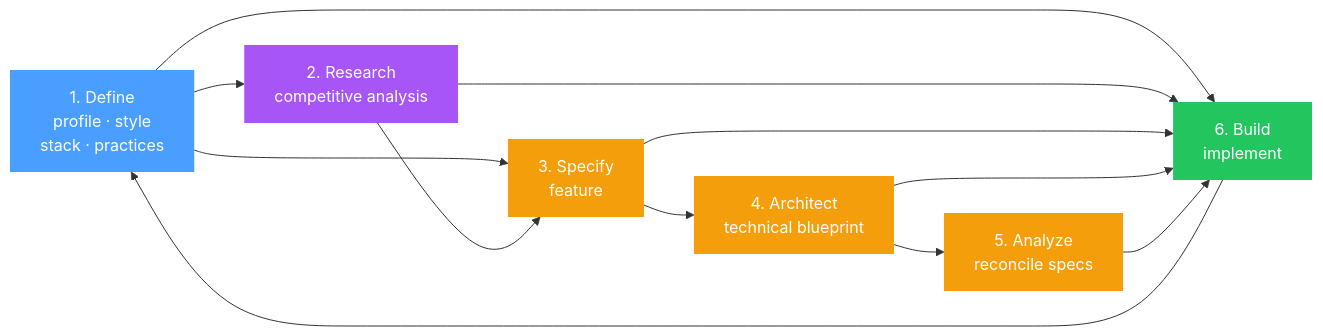
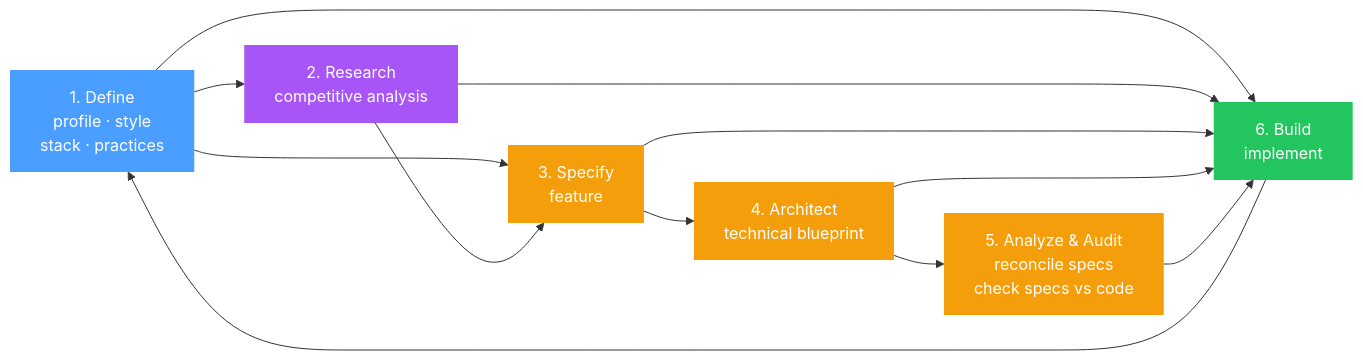
The diagram in README.md (gballer77/gspec), drawn with Mermaid before and after one commit. The commit also changed other lines of this file and 20 other files, not shown here.

````diff
--- a/README.md
+++ b/README.md
@@ -30,40 +30,41 @@
 ```mermaid
 flowchart LR
     Define["1. Define
     profile · style
     stack · practices"]
 
     Research["2. Research
     competitive analysis"]
 
     Specify["3. Specify
     feature"]
 
     Architect["4. Architect
     technical blueprint"]
 
-    Analyze["5. Analyze
-    reconcile specs"]
+    Analyze["5. Analyze &amp; Audit
+    reconcile specs
+    check specs vs code"]
 
     Build["6. Build
     implement"]
 
     Define --> Research
     Define --> Specify
     Define --> Build
     Research --> Specify
     Research --> Build
     Specify --> Architect
     Specify --> Build
     Architect --> Analyze
     Architect --> Build
     Analyze --> Build
     Build --> Define
 
     style Define fill:#4a9eff,color:#fff,stroke:none
     style Research fill:#a855f7,color:#fff,stroke:none
     style Specify fill:#f59e0b,color:#fff,stroke:none
     style Architect fill:#f59e0b,color:#fff,stroke:none
     style Analyze fill:#f59e0b,color:#fff,stroke:none
     style Build fill:#22c55e,color:#fff,stroke:none
 ```
````
